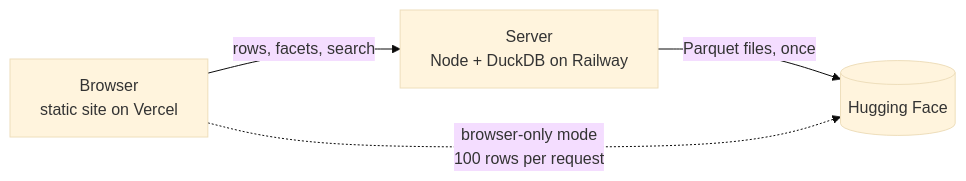
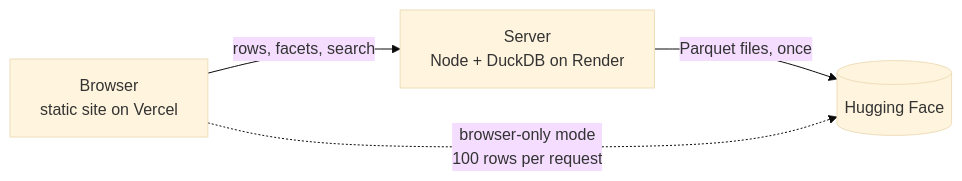
One commit to Pooyash1998/dataset-explorer changed the diagram in README.md. Above: the diagram before and after it, drawn with Mermaid (base theme). The commit also changed other lines of this file and 8 other files, not shown here.

Commit message:
Move the backend from Railway to Render and wake the sleeping server from the page

````diff
--- a/README.md
+++ b/README.md
@@ -45,6 +45,6 @@
 ```mermaid
 flowchart LR
-  B[Browser<br/>static site on Vercel] -- "rows, facets, search" --> S[Server<br/>Node + DuckDB on Railway]
+  B[Browser<br/>static site on Vercel] -- "rows, facets, search" --> S[Server<br/>Node + DuckDB on Render]
   S -- "Parquet files, once" --> H[(Hugging Face)]
   B -. "browser-only mode<br/>100 rows per request" .-> H
 ```
````
